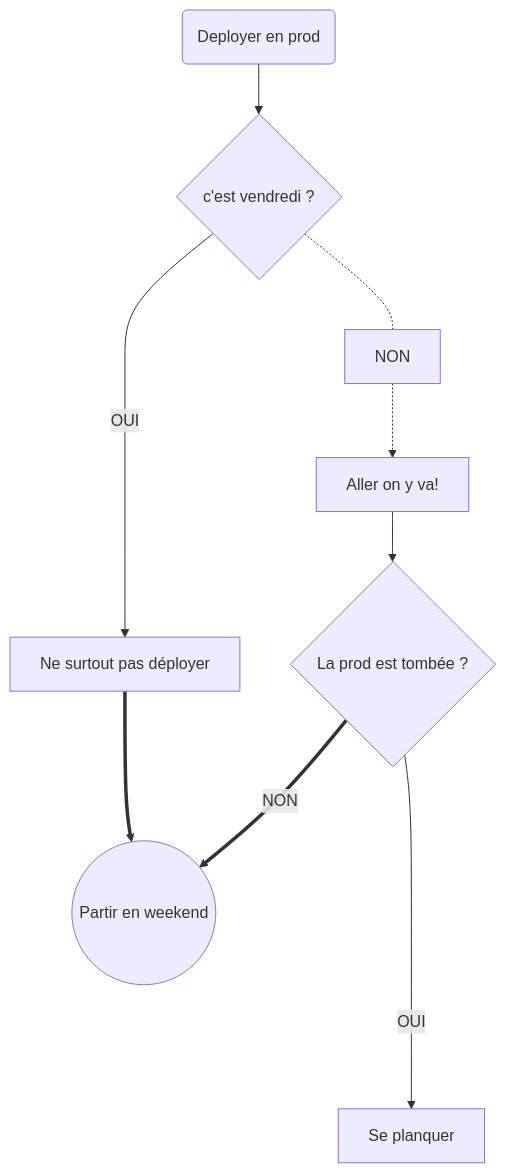
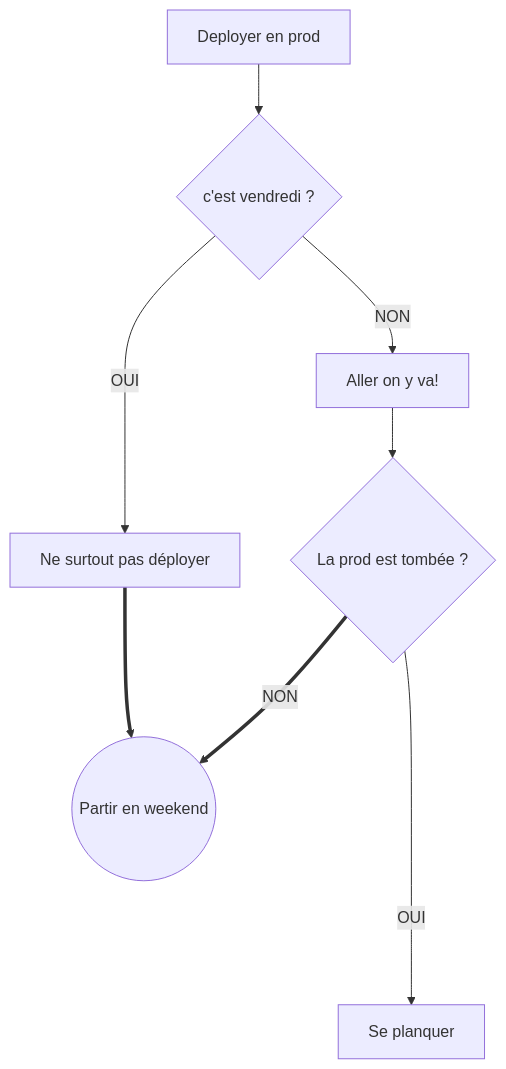
One commit to ErwanLT/mermaidMarkdown changed the first of 4 diagrams in flowcharts/README.md. Above: the diagram before and after it, drawn with Mermaid. The commit also changed other lines of this file, not shown here.

Commit message:
flowcharts

````diff
--- a/flowcharts/README.md
+++ b/flowcharts/README.md
@@ -3,10 +3,10 @@
 ```mermaid
   flowchart TB
-      A(Deployer en prod)-->B{c'est vendredi ?};
+      A[Deployer en prod]-->B{c'est vendredi ?};
       B -- OUI --> C[Ne surtout pas déployer];
-      C ==> G
-      B -.- NON -.-> D[Aller on y va!];
+      C ==> G;
+      B -- NON --> D[Aller on y va!];
       D--> E{La prod est tombée ?};
       E -- OUI ----> F[Se planquer];
       E == NON ==> G((Partir en weekend));
 ```
````
